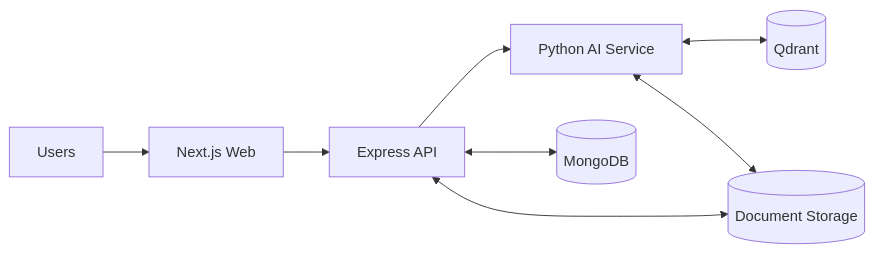
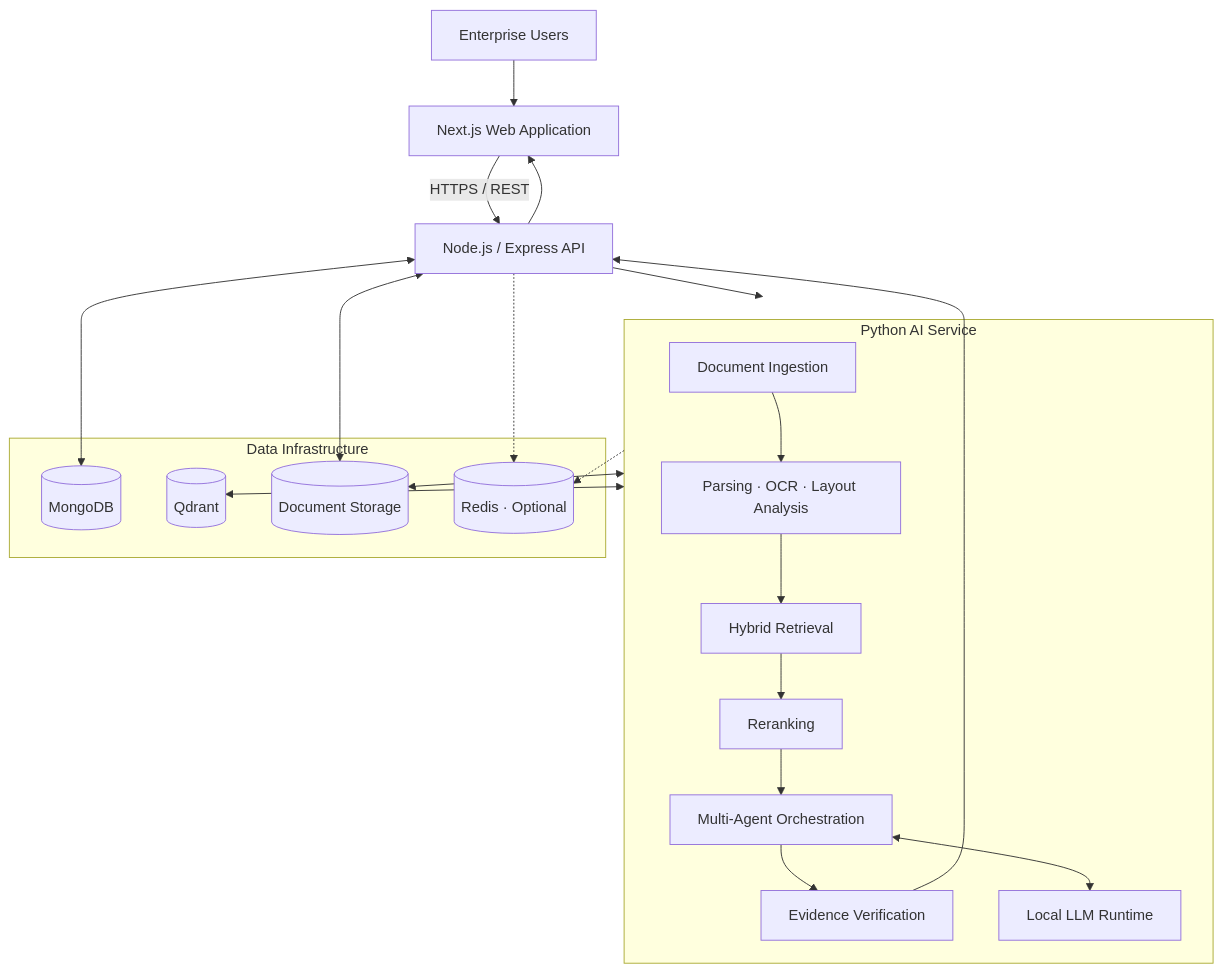
The diagram in README.md (whiffCODE/VeriCore-AI), drawn with Mermaid before and after one commit. The commit also changed other lines of this file, not shown here.

````diff
--- a/README.md
+++ b/README.md
@@ -119,18 +105,43 @@
 ```mermaid
-flowchart LR
-    USER["Users"]
-    WEB["Next.js Web"]
-    API["Express API"]
-    AI["Python AI Service"]
-    DB[("MongoDB")]
-    VECTOR[("Qdrant")]
-    STORAGE[("Document Storage")]
+flowchart TB
+    USER["Enterprise Users"]
+
+    WEB["Next.js Web Application"]
+    API["Node.js / Express API"]
+
+    subgraph AI["Python AI Service"]
+        INGEST["Document Ingestion"]
+        UNDERSTAND["Parsing · OCR · Layout Analysis"]
+        RETRIEVE["Hybrid Retrieval"]
+        RERANK["Reranking"]
+        AGENTS["Multi-Agent Orchestration"]
+        VERIFY["Evidence Verification"]
+        LLM["Local LLM Runtime"]
+
+        INGEST --> UNDERSTAND
+        UNDERSTAND --> RETRIEVE
+        RETRIEVE --> RERANK
+        RERANK --> AGENTS
+        AGENTS <--> LLM
+        AGENTS --> VERIFY
+    end
+
+    subgraph DATA["Data Infrastructure"]
+        MONGO[("MongoDB")]
+        QDRANT[("Qdrant")]
+        STORAGE[("Document Storage")]
+        REDIS[("Redis · Optional")]
+    end
 
     USER --> WEB
-    WEB --> API
+    WEB -->|"HTTPS / REST"| API
     API --> AI
-    API <--> DB
-    AI <--> VECTOR
+    API <--> MONGO
     API <--> STORAGE
+    AI <--> QDRANT
     AI <--> STORAGE
+    API -.-> REDIS
+    AI -.-> REDIS
+    VERIFY --> API
+    API --> WEB
 ```
````
